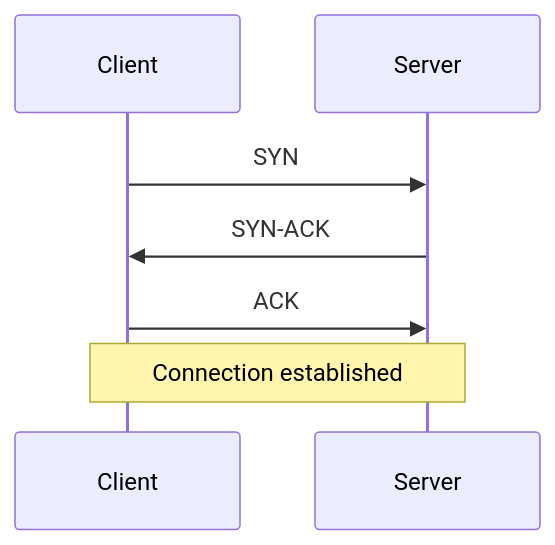
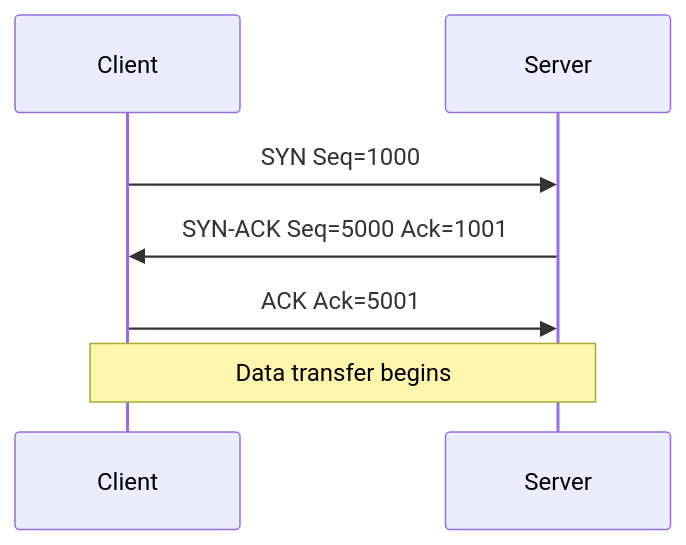
Before and after one commit to hareramcse/SystemDesign: the fifth of 27 diagrams in 01-networking/README.md, drawn with Mermaid. The commit also changed other lines of this file and 14 other files, not shown here.

````diff
--- a/01-networking/README.md
+++ b/01-networking/README.md
@@ -727,9 +281,9 @@
 ```mermaid
 sequenceDiagram
     participant C as Client
     participant S as Server
-    C->>S: SYN
-    S->>C: SYN-ACK
-    C->>S: ACK
-    Note over C,S: Connection established
+    C->>S: SYN Seq=1000
+    S->>C: SYN-ACK Seq=5000 Ack=1001
+    C->>S: ACK Ack=5001
+    Note over C,S: Data transfer begins
 ```
````
